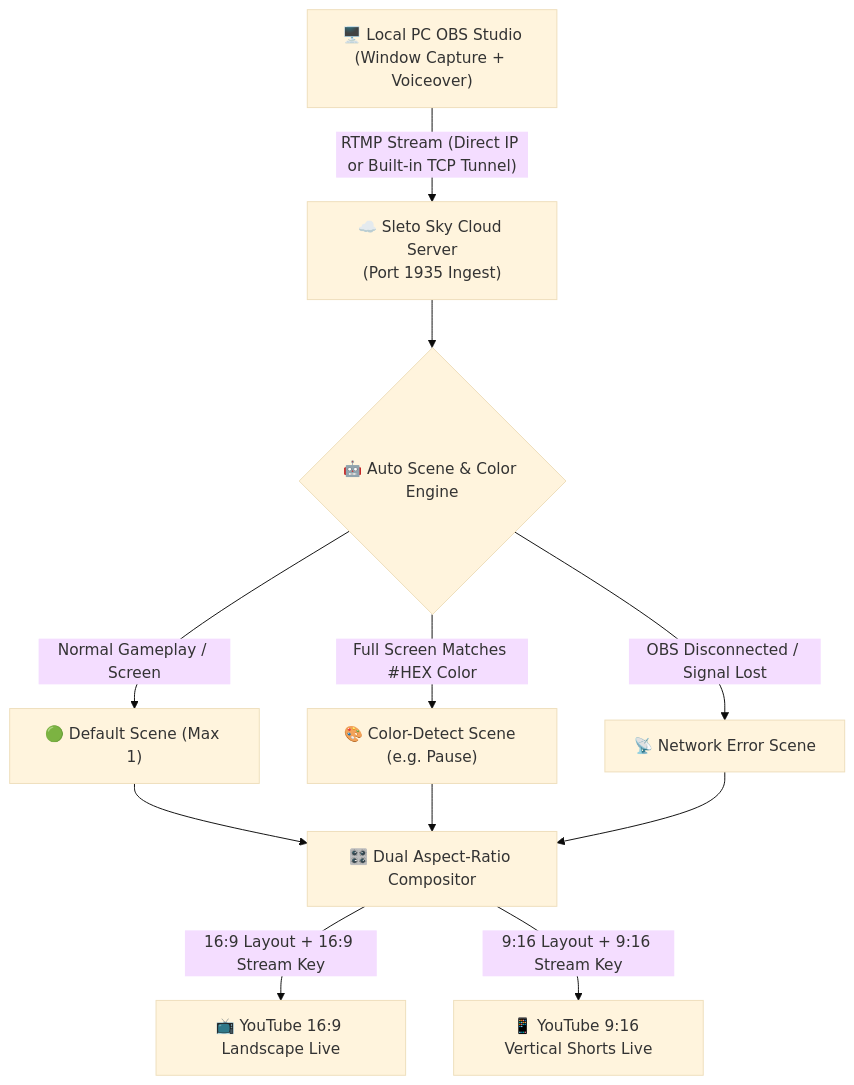
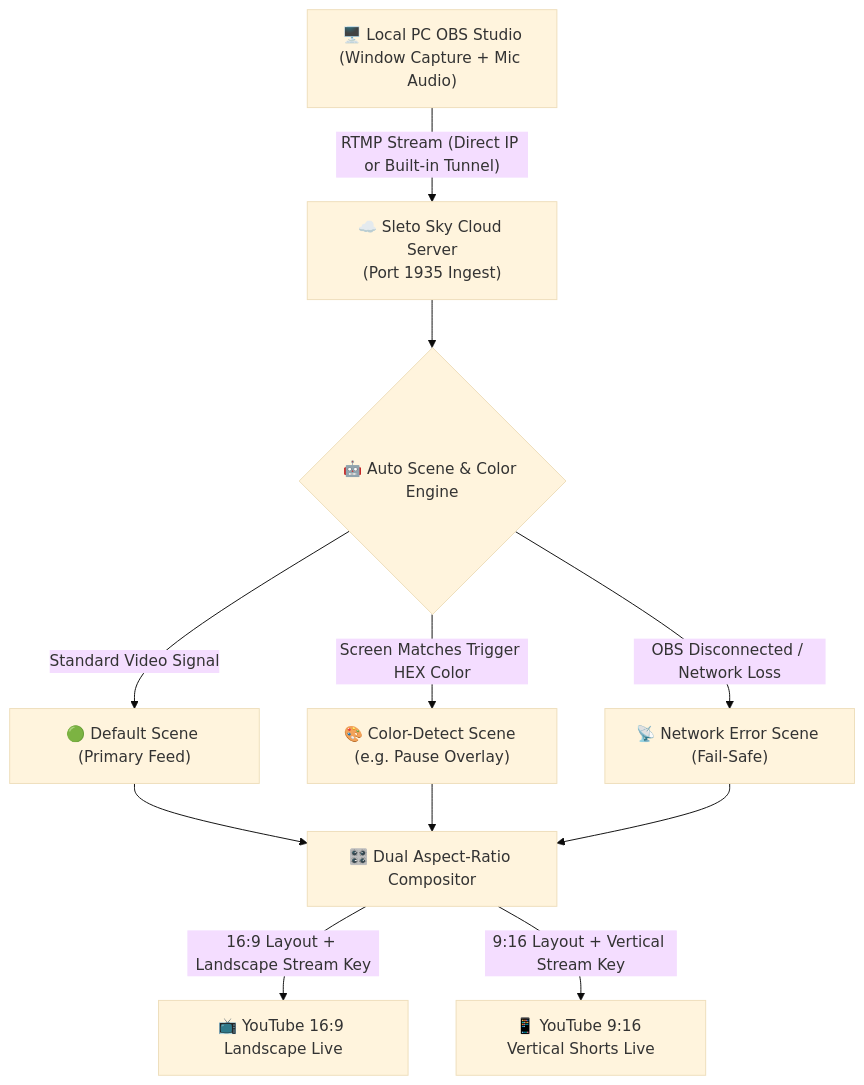
The diagram in README.md (Sletoyt/free-live-24-7-by-sletoyt), drawn with Mermaid (base theme) before and after one commit. The commit also changed other lines of this file, not shown here.

````diff
--- a/README.md
+++ b/README.md
@@ -107,11 +153,11 @@
 ```mermaid
 flowchart TD
-    A["🖥️ Local PC OBS Studio<br/>(Window Capture + Voiceover)"] -->|"RTMP Stream (Direct IP or Built-in TCP Tunnel)"| B["☁️ Sleto Sky Cloud Server<br/>(Port 1935 Ingest)"]
+    A["🖥️ Local PC OBS Studio<br/>(Window Capture + Mic Audio)"] -->|"RTMP Stream (Direct IP or Built-in Tunnel)"| B["☁️ Sleto Sky Cloud Server<br/>(Port 1935 Ingest)"]
     B --> C{"🤖 Auto Scene & Color Engine"}
-    C -->|"Normal Gameplay / Screen"| D["🟢 Default Scene (Max 1)"]
-    C -->|"Full Screen Matches #HEX Color"| E["🎨 Color-Detect Scene (e.g. Pause)"]
-    C -->|"OBS Disconnected / Signal Lost"| F["📡 Network Error Scene"]
+    C -->|"Standard Video Signal"| D["🟢 Default Scene (Primary Feed)"]
+    C -->|"Screen Matches Trigger HEX Color"| E["🎨 Color-Detect Scene (e.g. Pause Overlay)"]
+    C -->|"OBS Disconnected / Network Loss"| F["📡 Network Error Scene (Fail-Safe)"]
     D & E & F --> G["🎛️ Dual Aspect-Ratio Compositor"]
-    G -->|"16:9 Layout + 16:9 Stream Key"| H["📺 YouTube 16:9 Landscape Live"]
-    G -->|"9:16 Layout + 9:16 Stream Key"| I["📱 YouTube 9:16 Vertical Shorts Live"]
+    G -->|"16:9 Layout + Landscape Stream Key"| H["📺 YouTube 16:9 Landscape Live"]
+    G -->|"9:16 Layout + Vertical Stream Key"| I["📱 YouTube 9:16 Vertical Shorts Live"]
 ```
````
